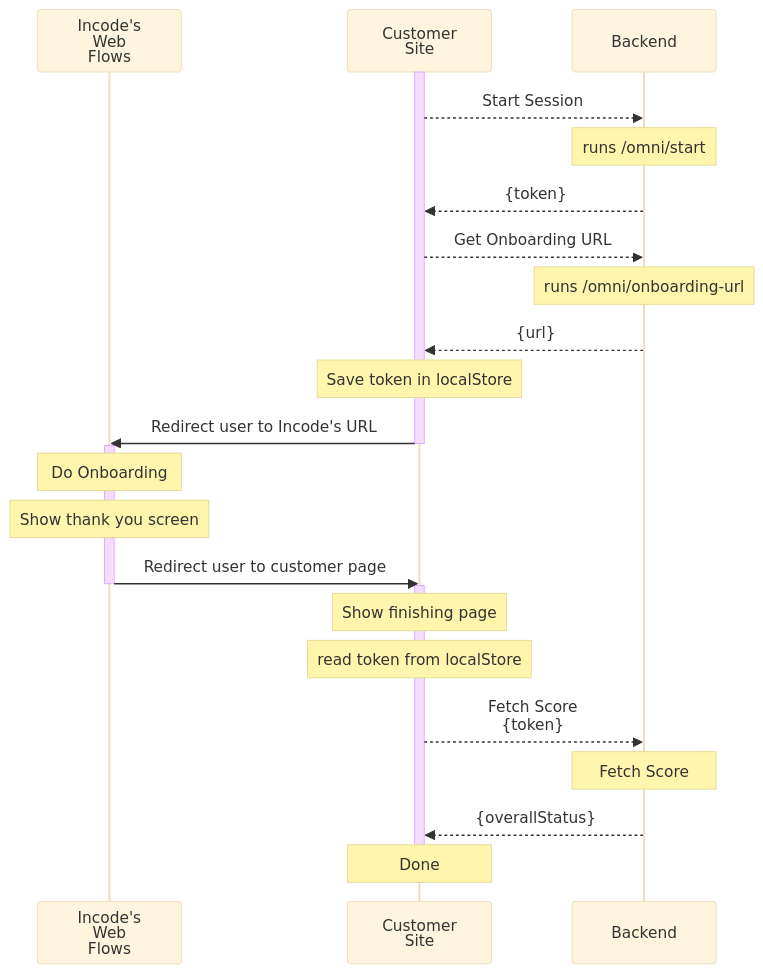
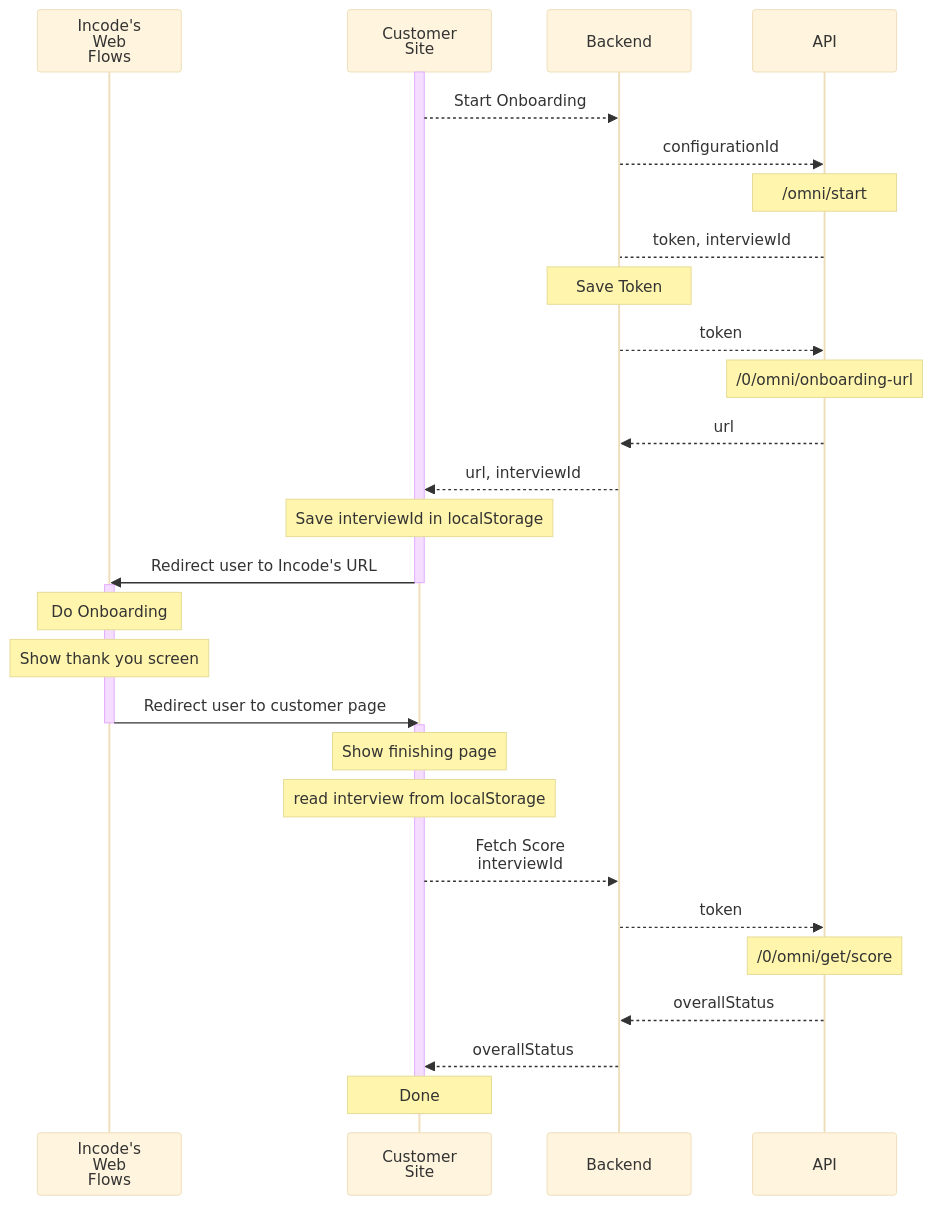
Before and after one commit to Incode-Technologies-Example-Repos/onboarding-lowcode-redirect: the diagram in README.md, drawn with Mermaid (base theme). The commit also changed other lines of this file and 5 other files, not shown here.

````diff
--- a/README.md
+++ b/README.md
@@ -9,33 +9,38 @@
 ```mermaid
 sequenceDiagram
     participant i as Incode's<br>Web<br>Flows
     participant m as Customer<br>Site
     participant b as Backend
+    participant a as API
 
     activate m
-    m-->>b: Start Session
-    note over b: runs /omni/start
-    b-->>m: {token}
-    m-->>b: Get Onboarding URL
-    note over b: runs /omni/onboarding-url
-    b-->>m: {url}
-    note over m: Save token in localStore
+    m-->>b: Start Onboarding
+    b-->>a: configurationId
+    note over a: /omni/start
+    a-->b: token, interviewId
+    note over b: Save Token
+    b-->>a: token
+    note over a: /0/omni/onboarding-url
+    a-->>b: url
+    b-->>m: url, interviewId
+    note over m: Save interviewId in localStorage
     m->>i: Redirect user to Incode's URL
     deactivate m
     
     activate i
     note over i: Do Onboarding
     note over i: Show thank you screen
     i->>m: Redirect user to customer page
     deactivate i
     
     activate m
     note over m: Show finishing page
-    note over m: read token from localStore
-    m-->>b: Fetch Score<br>{token}
-    note over b: Fetch Score
-    
-    b-->>m: {overallStatus}
+    note over m: read interview from localStorage
+    m-->>b: Fetch Score<br>interviewId
+    b-->>a: token
+    note over a: /0/omni/get/score
+    a-->>b: overallStatus
+    b-->>m: overallStatus
     note over m: Done
     deactivate m
 ```
````
